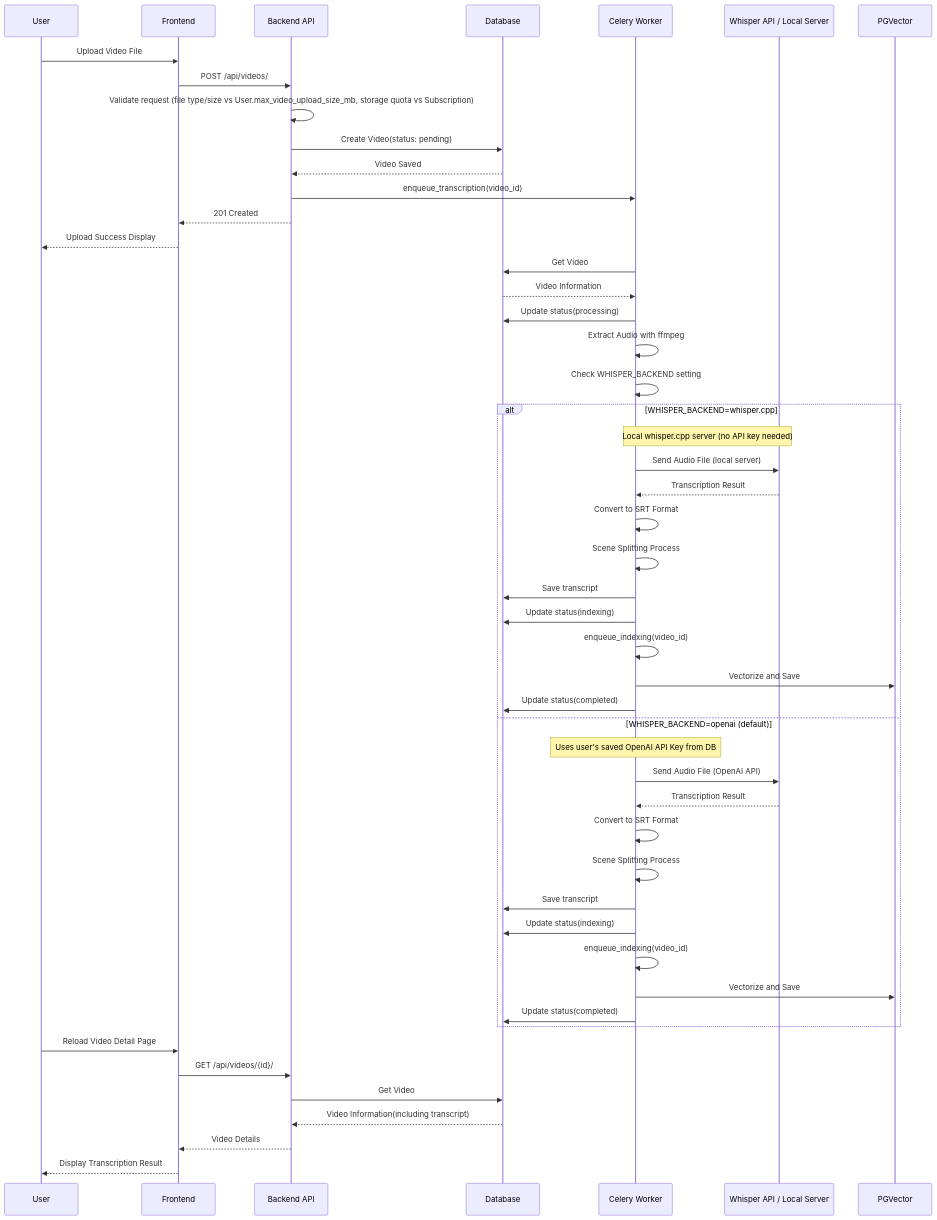
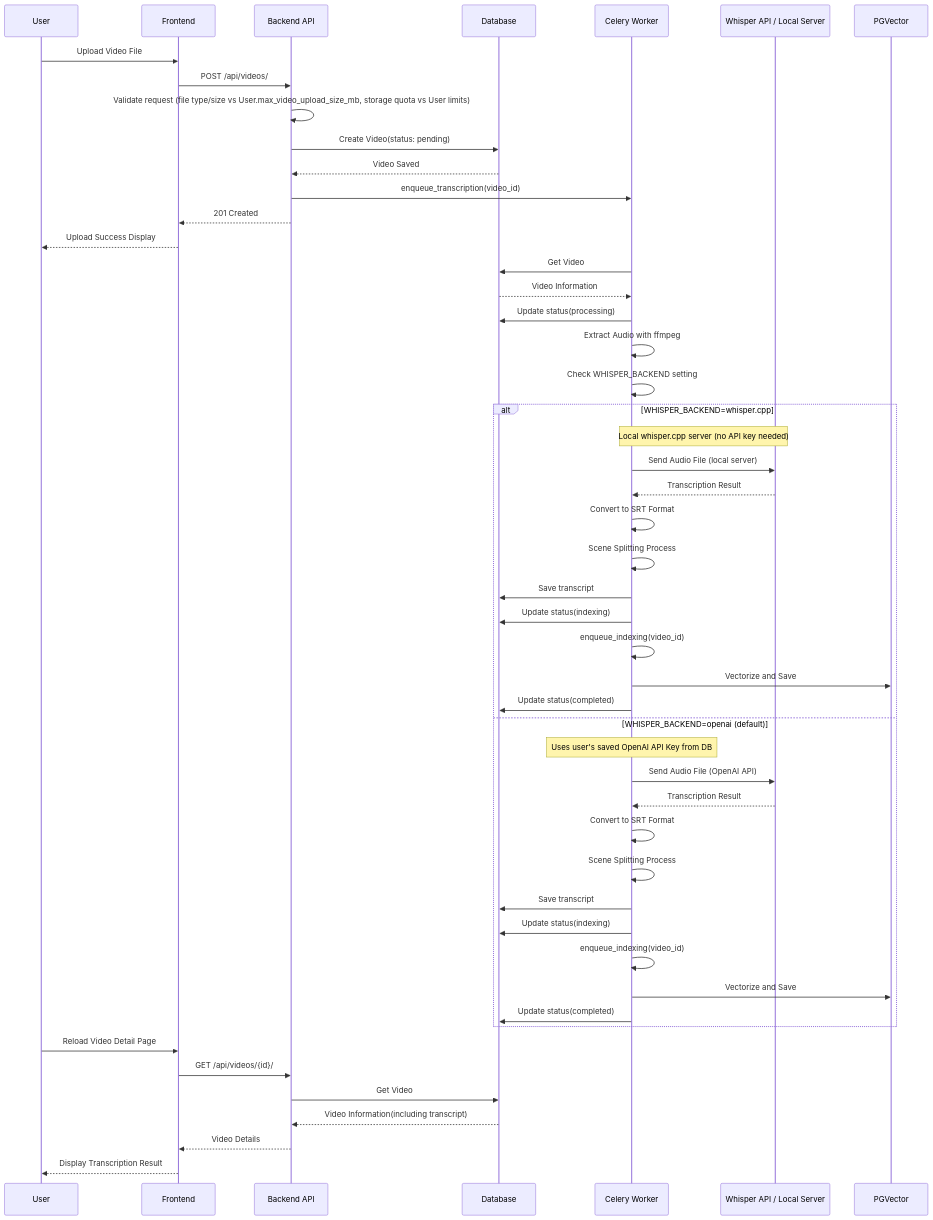
The first of 11 diagrams in docs/design/sequence-diagram.md (yukiharada1228/videoq), drawn with Mermaid before and after one commit. The commit also changed other lines of this file and 12 other files, not shown here.

Commit message:
docs: update system design, sequence diagrams, database schemas, and requirements docs

````diff
--- a/docs/design/sequence-diagram.md
+++ b/docs/design/sequence-diagram.md
@@ -9,55 +9,55 @@
 ```mermaid
 sequenceDiagram
     participant User as User
     participant Frontend as Frontend
     participant Backend as Backend API
     participant DB as Database
     participant Celery as Celery Worker
     participant Whisper as Whisper API / Local Server
     participant PGVector as PGVector
 
     User->>Frontend: Upload Video File
     Frontend->>Backend: POST /api/videos/
-    Backend->>Backend: Validate request (file type/size vs User.max_video_upload_size_mb, storage quota vs Subscription)
+    Backend->>Backend: Validate request (file type/size vs User.max_video_upload_size_mb, storage quota vs User limits)
     Backend->>DB: Create Video(status: pending)
     DB-->>Backend: Video Saved
     Backend->>Celery: enqueue_transcription(video_id)
     Backend-->>Frontend: 201 Created
     Frontend-->>User: Upload Success Display
 
     Celery->>DB: Get Video
     DB-->>Celery: Video Information
     Celery->>DB: Update status(processing)
     Celery->>Celery: Extract Audio with ffmpeg
     Celery->>Celery: Check WHISPER_BACKEND setting
     alt WHISPER_BACKEND=whisper.cpp
         Note over Celery,Whisper: Local whisper.cpp server (no API key needed)
         Celery->>Whisper: Send Audio File (local server)
         Whisper-->>Celery: Transcription Result
         Celery->>Celery: Convert to SRT Format
         Celery->>Celery: Scene Splitting Process
         Celery->>DB: Save transcript
         Celery->>DB: Update status(indexing)
         Celery->>Celery: enqueue_indexing(video_id)
         Celery->>PGVector: Vectorize and Save
         Celery->>DB: Update status(completed)
     else WHISPER_BACKEND=openai (default)
         Note over Celery: Uses user's saved OpenAI API Key from DB
         Celery->>Whisper: Send Audio File (OpenAI API)
         Whisper-->>Celery: Transcription Result
         Celery->>Celery: Convert to SRT Format
         Celery->>Celery: Scene Splitting Process
         Celery->>DB: Save transcript
         Celery->>DB: Update status(indexing)
         Celery->>Celery: enqueue_indexing(video_id)
         Celery->>PGVector: Vectorize and Save
         Celery->>DB: Update status(completed)
     end
     
     User->>Frontend: Reload Video Detail Page
     Frontend->>Backend: GET /api/videos/{id}/
     Backend->>DB: Get Video
     DB-->>Backend: Video Information(including transcript)
     Backend-->>Frontend: Video Details
     Frontend-->>User: Display Transcription Result
 ```
````
